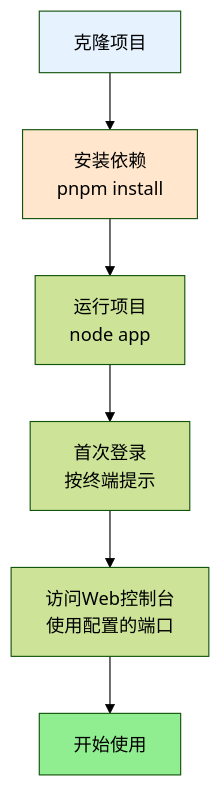
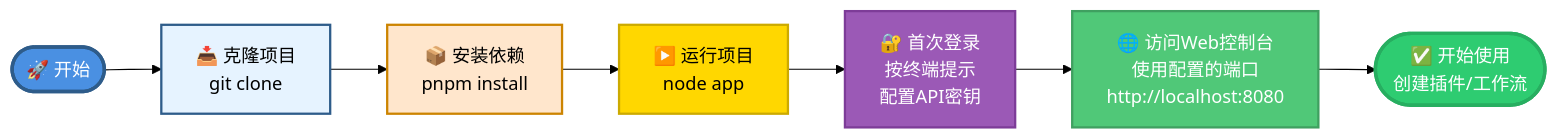
The second of 2 diagrams in README.md (sunflowermm/XRK-AGT), drawn with Mermaid (forest theme) before and after one commit. The commit also changed other lines of this file and 9 other files, not shown here.

````diff
--- a/README.md
+++ b/README.md
@@ -139,12 +148,17 @@
 ```mermaid
-flowchart TB
-    A["克隆项目"] --> B["安装依赖<br/>pnpm install"]
-    B --> C["运行项目<br/>node app"]
-    C --> D["首次登录<br/>按终端提示"]
-    D --> E["访问Web控制台<br/>使用配置的端口"]
-    E --> F["开始使用"]
+flowchart LR
+    Start([🚀 开始]) --> Clone["📥 克隆项目<br/>git clone"]
+    Clone --> Install["📦 安装依赖<br/>pnpm install"]
+    Install --> Run["▶️ 运行项目<br/>node app"]
+    Run --> Login["🔐 首次登录<br/>按终端提示<br/>配置API密钥"]
+    Login --> Access["🌐 访问Web控制台<br/>使用配置的端口<br/>http://localhost:8080"]
+    Access --> Use([✅ 开始使用<br/>创建插件/工作流])
     
-    style A fill:#E6F3FF
-    style B fill:#FFE6CC
-    style F fill:#90EE90
+    style Start fill:#4A90E2,stroke:#2E5C8A,stroke-width:3px,color:#fff
+    style Clone fill:#E6F3FF,stroke:#2E5C8A,stroke-width:2px
+    style Install fill:#FFE6CC,stroke:#CC8400,stroke-width:2px
+    style Run fill:#FFD700,stroke:#CCAA00,stroke-width:2px,color:#000
+    style Login fill:#9B59B6,stroke:#7D3C98,stroke-width:2px,color:#fff
+    style Access fill:#50C878,stroke:#3FA060,stroke-width:2px,color:#fff
+    style Use fill:#2ECC71,stroke:#27AE60,stroke-width:3px,color:#fff
 ```
````
